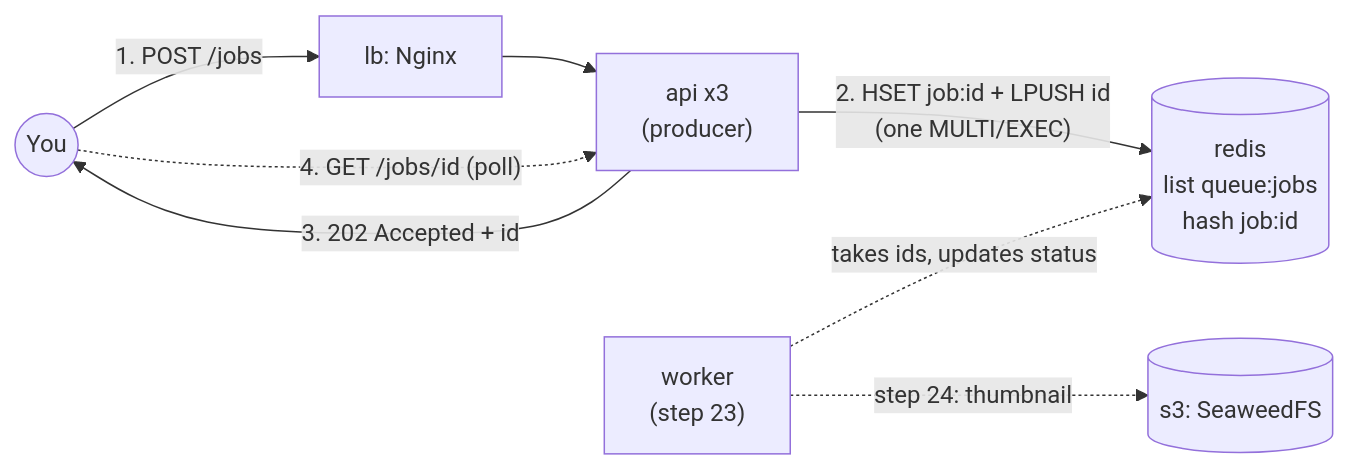
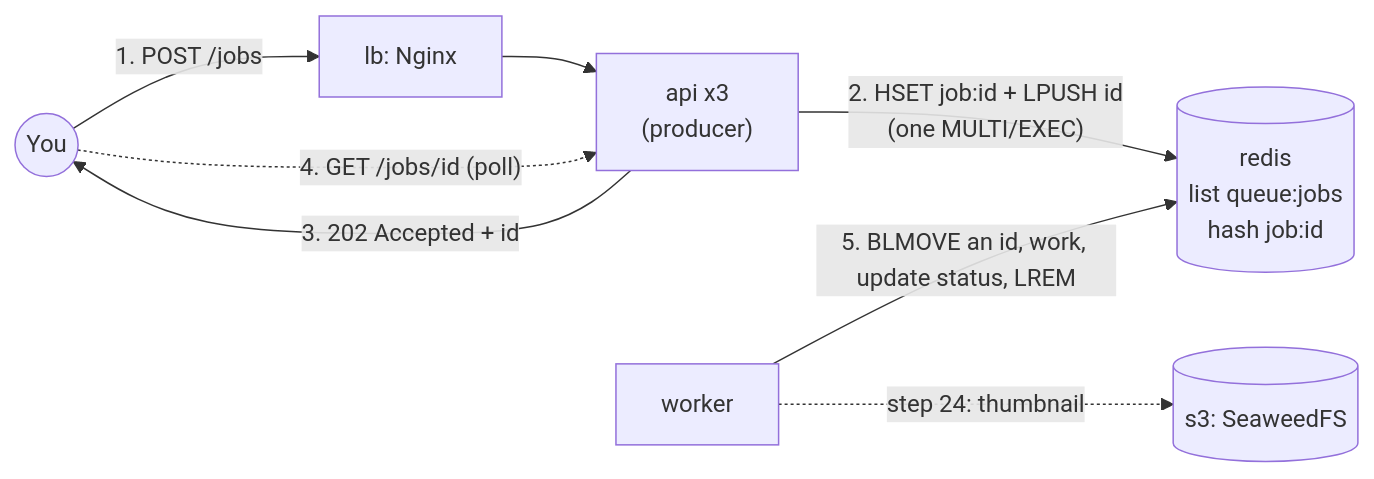
Before and after one commit to moncef2k/aws-local-lab: the diagram in docs/labs/07-queues-workers.md, drawn with Mermaid. The commit also changed other lines of this file, not shown here.

Commit message:
AWSLAB-41 docs: lab 07 step 23 - the worker container

````diff
--- a/docs/labs/07-queues-workers.md
+++ b/docs/labs/07-queues-workers.md
@@ -60,10 +62,10 @@
 ```mermaid
 flowchart LR
   you((You)) -->|"1. POST /jobs"| lb["lb: Nginx"]
   lb --> api["api x3<br/>(producer)"]
   api -->|"2. HSET job:id + LPUSH id<br/>(one MULTI/EXEC)"| redis[("redis<br/>list queue:jobs<br/>hash job:id")]
   api -->|"3. 202 Accepted + id"| you
   you -.->|"4. GET /jobs/id (poll)"| api
-  worker["worker<br/>(step 23)"] -.->|"takes ids, updates status"| redis
+  worker["worker"] -->|"5. BLMOVE an id, work, update status, LREM"| redis
   worker -.->|"step 24: thumbnail"| s3[("s3: SeaweedFS")]
 ```
````
